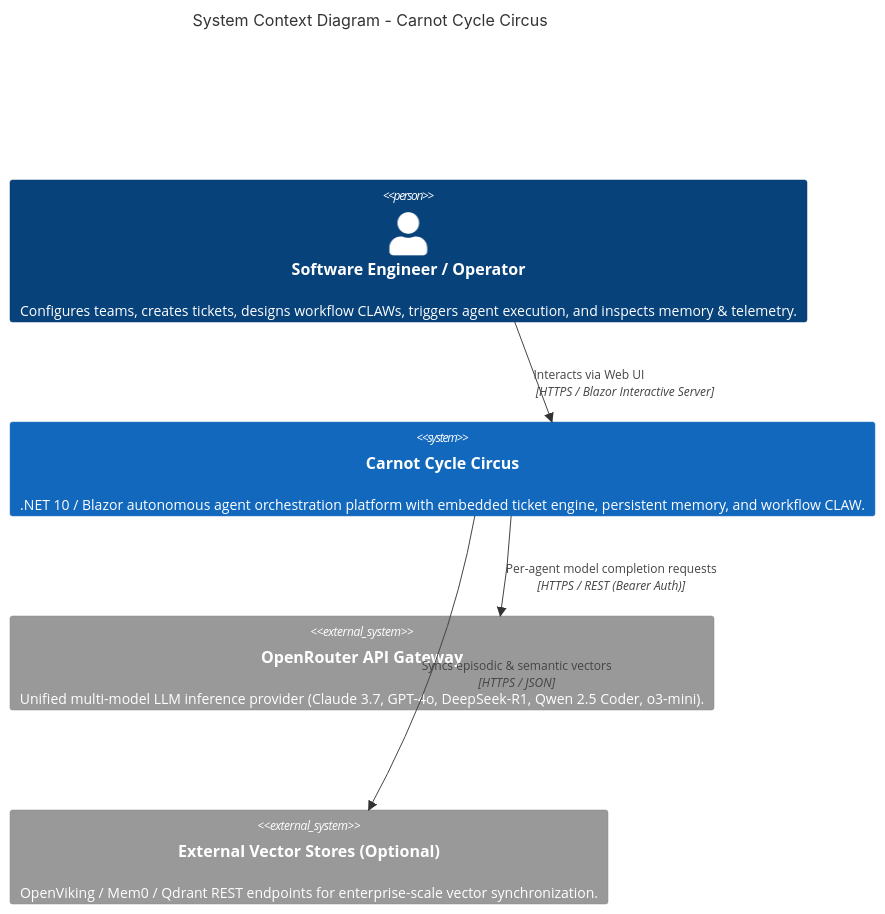
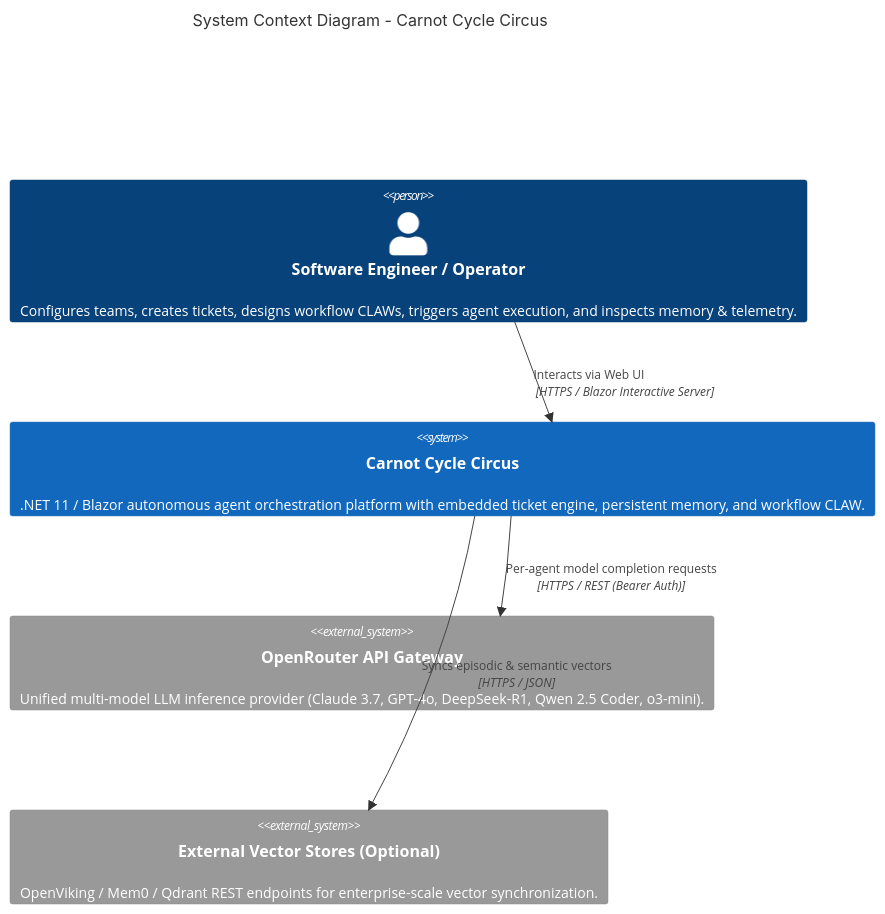
Before and after one commit to chadahoochie/carnot-cycle-circus: the first of 3 diagrams in docs/architecture/system-overview.md, drawn with Mermaid. The commit also changed other lines of this file and 80 other files, not shown here.

````diff
--- a/docs/architecture/system-overview.md
+++ b/docs/architecture/system-overview.md
@@ -21,15 +21,15 @@
 ```mermaid
 C4Context
     title System Context Diagram - Carnot Cycle Circus
 
     Person(developer, "Software Engineer / Operator", "Configures teams, creates tickets, designs workflow CLAWs, triggers agent execution, and inspects memory & telemetry.")
     
-    System(circus, "Carnot Cycle Circus", ".NET 10 / Blazor autonomous agent orchestration platform with embedded ticket engine, persistent memory, and workflow CLAW.")
+    System(circus, "Carnot Cycle Circus", ".NET 11 / Blazor autonomous agent orchestration platform with embedded ticket engine, persistent memory, and workflow CLAW.")
     
     System_Ext(openrouter, "OpenRouter API Gateway", "Unified multi-model LLM inference provider (Claude 3.7, GPT-4o, DeepSeek-R1, Qwen 2.5 Coder, o3-mini).")
     System_Ext(ext_memory, "External Vector Stores (Optional)", "OpenViking / Mem0 / Qdrant REST endpoints for enterprise-scale vector synchronization.")
 
     Rel(developer, circus, "Interacts via Web UI", "HTTPS / Blazor Interactive Server")
     Rel(circus, openrouter, "Per-agent model completion requests", "HTTPS / REST (Bearer Auth)")
     Rel(circus, ext_memory, "Syncs episodic & semantic vectors", "HTTPS / JSON")
 ```
````
